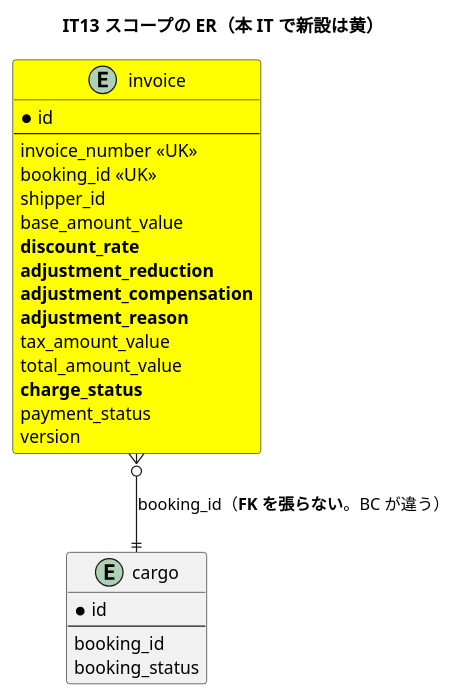
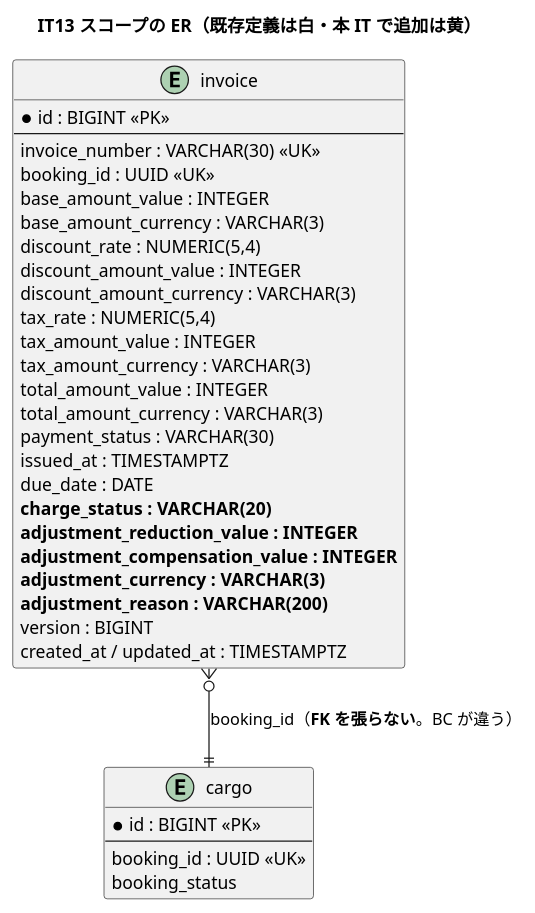
The third of 4 diagrams in docs/development/iteration_plan-13.md (k2works/case-study-cargo-tracker), drawn with PlantUML before and after one commit. The commit also changed other lines of this file and 2 other files, not shown here.

````diff
--- a/docs/development/iteration_plan-13.md
+++ b/docs/development/iteration_plan-13.md
@@ -308,32 +375,41 @@
 ```plantuml
 @startuml
-title IT13 スコープの ER（本 IT で新設は黄）
+title IT13 スコープの ER（既存定義は白・本 IT で追加は黄）
 
-entity "invoice" as inv #Yellow {
-  * id
+entity "invoice" as inv {
+  * id : BIGINT <<PK>>
   --
-  invoice_number <<UK>>
-  booking_id <<UK>>
-  shipper_id
-  base_amount_value
-  **discount_rate**
-  **adjustment_reduction**
-  **adjustment_compensation**
-  **adjustment_reason**
-  tax_amount_value
-  total_amount_value
-  **charge_status**
-  payment_status
-  version
+  invoice_number : VARCHAR(30) <<UK>>
+  booking_id : UUID <<UK>>
+  base_amount_value : INTEGER
+  base_amount_currency : VARCHAR(3)
+  discount_rate : NUMERIC(5,4)
+  discount_amount_value : INTEGER
+  discount_amount_currency : VARCHAR(3)
+  tax_rate : NUMERIC(5,4)
+  tax_amount_value : INTEGER
+  tax_amount_currency : VARCHAR(3)
+  total_amount_value : INTEGER
+  total_amount_currency : VARCHAR(3)
+  payment_status : VARCHAR(30)
+  issued_at : TIMESTAMPTZ
+  due_date : DATE
+  **charge_status : VARCHAR(20)**
+  **adjustment_reduction_value : INTEGER**
+  **adjustment_compensation_value : INTEGER**
+  **adjustment_currency : VARCHAR(3)**
+  **adjustment_reason : VARCHAR(200)**
+  version : BIGINT
+  created_at / updated_at : TIMESTAMPTZ
 }
 
 entity "cargo" as c {
-  * id
+  * id : BIGINT <<PK>>
   --
-  booking_id
+  booking_id : UUID <<UK>>
   booking_status
 }
 
 inv }o--|| c : booking_id（**FK を張らない**。BC が違う）
 @enduml
 ```
````
